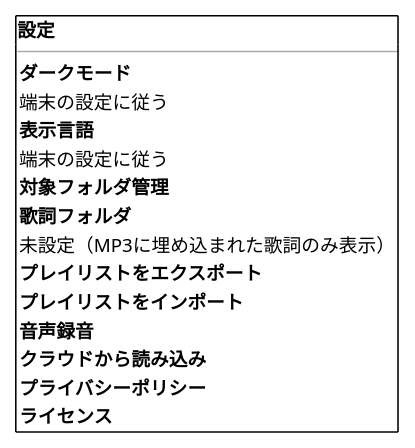
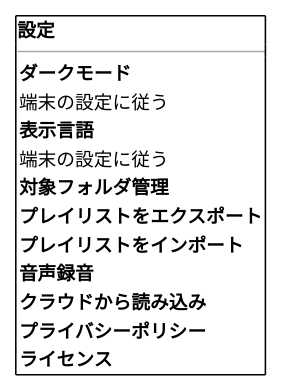
One commit to miyauchi0224/mp3player changed diagram 19 of 25 in doc/ui.md. Above: the diagram before and after it, drawn with PlantUML. The commit also changed other lines of this file and 1 other file, not shown here.

````diff
--- a/doc/ui.md
+++ b/doc/ui.md
@@ -415,23 +410,21 @@
 ```plantuml
 @startsalt
 {+
   <b>設定
   --
   {
     <b>ダークモード
     端末の設定に従う
     <b>表示言語
     端末の設定に従う
     <b>対象フォルダ管理
-    <b>歌詞フォルダ
-    未設定（MP3に埋め込まれた歌詞のみ表示）
     <b>プレイリストをエクスポート
     <b>プレイリストをインポート
     <b>音声録音
     <b>クラウドから読み込み
     <b>プライバシーポリシー
     <b>ライセンス
   }
 }
 @endsalt
 ```
````
